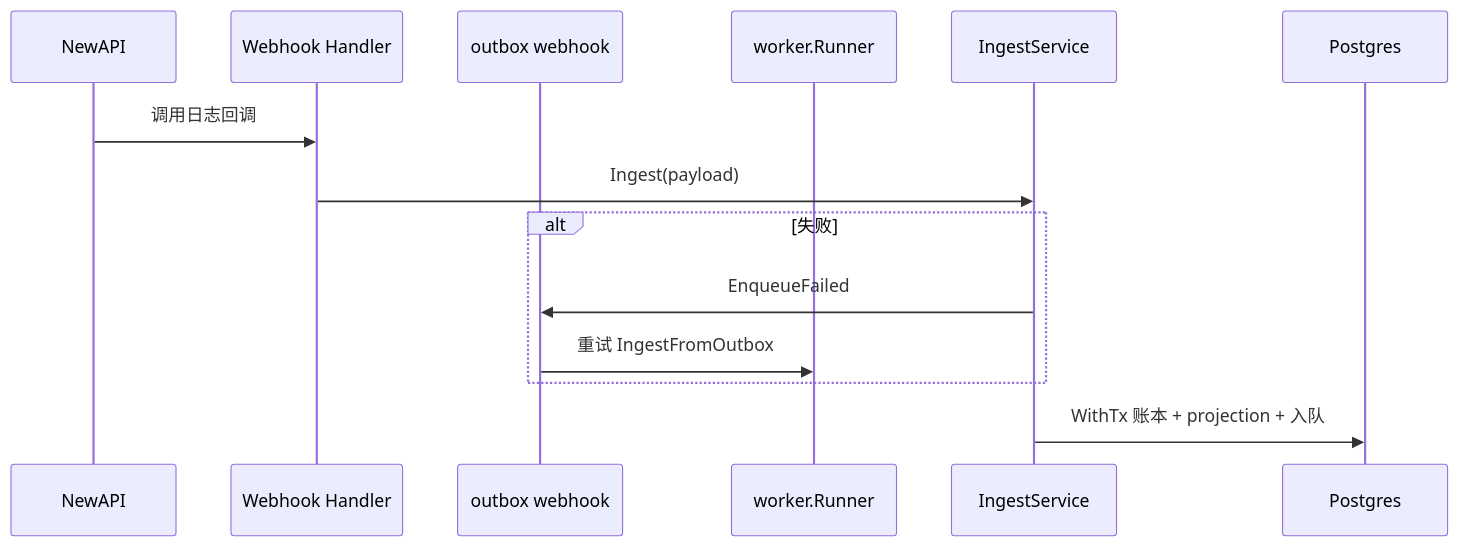
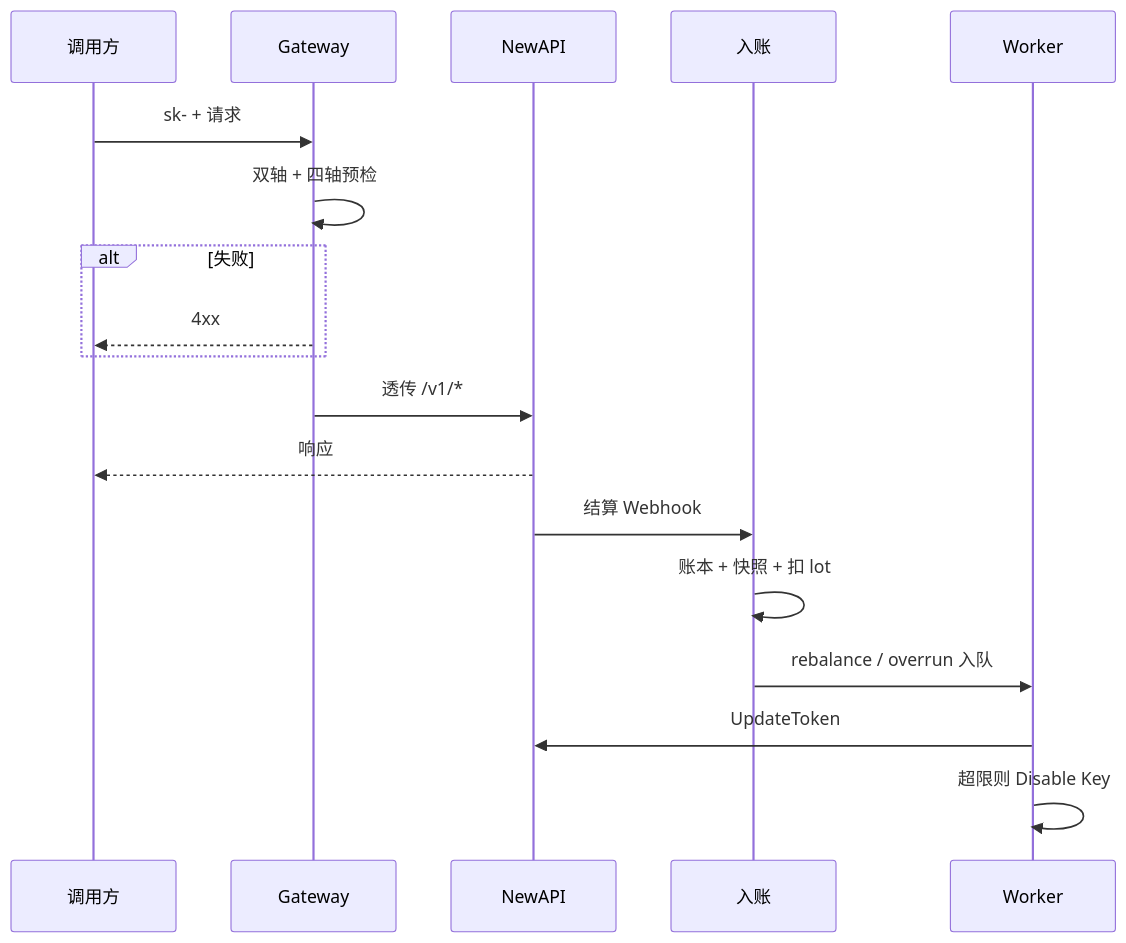
One commit to quyip8818/mytokenjoy changed the fourth of 9 diagrams in docs/Backend-预算.md. Above: the diagram before and after it, drawn with Mermaid. The commit also changed other lines of this file and 40 other files, not shown here.

````diff
--- a/docs/Backend-预算.md
+++ b/docs/Backend-预算.md
@@ -158,17 +148,21 @@
 ```mermaid
 sequenceDiagram
+  participant C as 调用方
+  participant GW as Gateway
   participant NA as NewAPI
-  participant WH as Webhook Handler
-  participant WO as outbox webhook
-  participant W as worker.Runner
-  participant ING as IngestService
-  participant DB as Postgres
+  participant ING as 入账
+  participant W as Worker
 
-  NA->>WH: 调用日志回调
-  WH->>ING: Ingest(payload)
+  C->>GW: sk- + 请求
+  GW->>GW: 双轴 + 四轴预检
   alt 失败
-    ING->>WO: EnqueueFailed
-    WO->>W: 重试 IngestFromOutbox
+    GW-->>C: 4xx
   end
-  ING->>DB: WithTx 账本 + projection + 入队
+  GW->>NA: 透传 /v1/*
+  NA-->>C: 响应
+  NA->>ING: 结算 Webhook
+  ING->>ING: 账本 + 快照 + 扣 lot
+  ING->>W: rebalance / overrun 入队
+  W->>NA: UpdateToken
+  W->>W: 超限则 Disable Key
 ```
````
